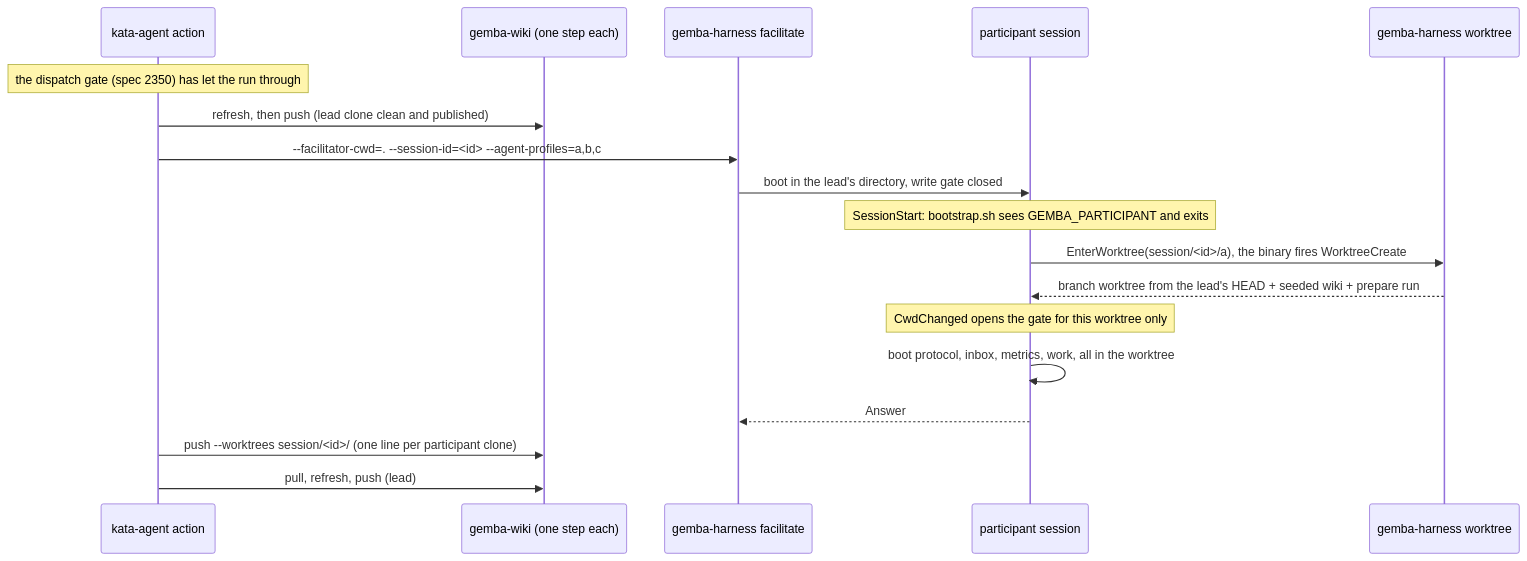
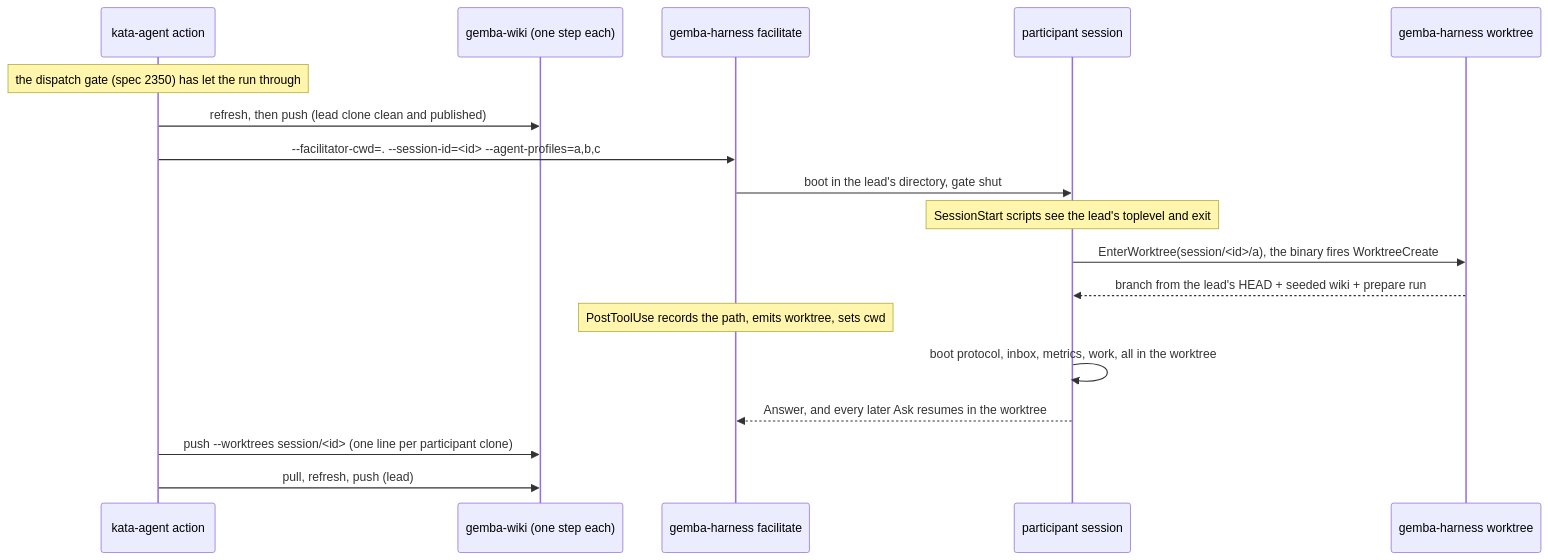
One commit to forwardimpact/monorepo changed the second of 2 diagrams in specs/2380-facilitated-session-isolation/design-b.md. Above: the diagram before and after it, drawn with Mermaid. The commit also changed other lines of this file and 1 other file, not shown here.

````diff
--- a/specs/2380-facilitated-session-isolation/design-b.md
+++ b/specs/2380-facilitated-session-isolation/design-b.md
@@ -54,20 +57,20 @@
 ```mermaid
 sequenceDiagram
     participant A as kata-agent action
     participant W as gemba-wiki (one step each)
     participant H as gemba-harness facilitate
     participant P as participant session
     participant G as gemba-harness worktree
     Note over A: the dispatch gate (spec 2350) has let the run through
     A->>W: refresh, then push (lead clone clean and published)
     A->>H: --facilitator-cwd=. --session-id=<id> --agent-profiles=a,b,c
-    H->>P: boot in the lead's directory, write gate closed
-    Note over P: SessionStart: bootstrap.sh sees GEMBA_PARTICIPANT and exits
+    H->>P: boot in the lead's directory, gate shut
+    Note over P: SessionStart scripts see the lead's toplevel and exit
     P->>G: EnterWorktree(session/<id>/a), the binary fires WorktreeCreate
-    G-->>P: branch worktree from the lead's HEAD + seeded wiki + prepare run
-    Note over P: CwdChanged opens the gate for this worktree only
+    G-->>P: branch from the lead's HEAD + seeded wiki + prepare run
+    Note over H: PostToolUse records the path, emits worktree, sets cwd
     P->>P: boot protocol, inbox, metrics, work, all in the worktree
-    P-->>H: Answer
-    A->>W: push --worktrees session/<id>/ (one line per participant clone)
+    P-->>H: Answer, and every later Ask resumes in the worktree
+    A->>W: push --worktrees session/<id> (one line per participant clone)
     A->>W: pull, refresh, push (lead)
 ```
````
